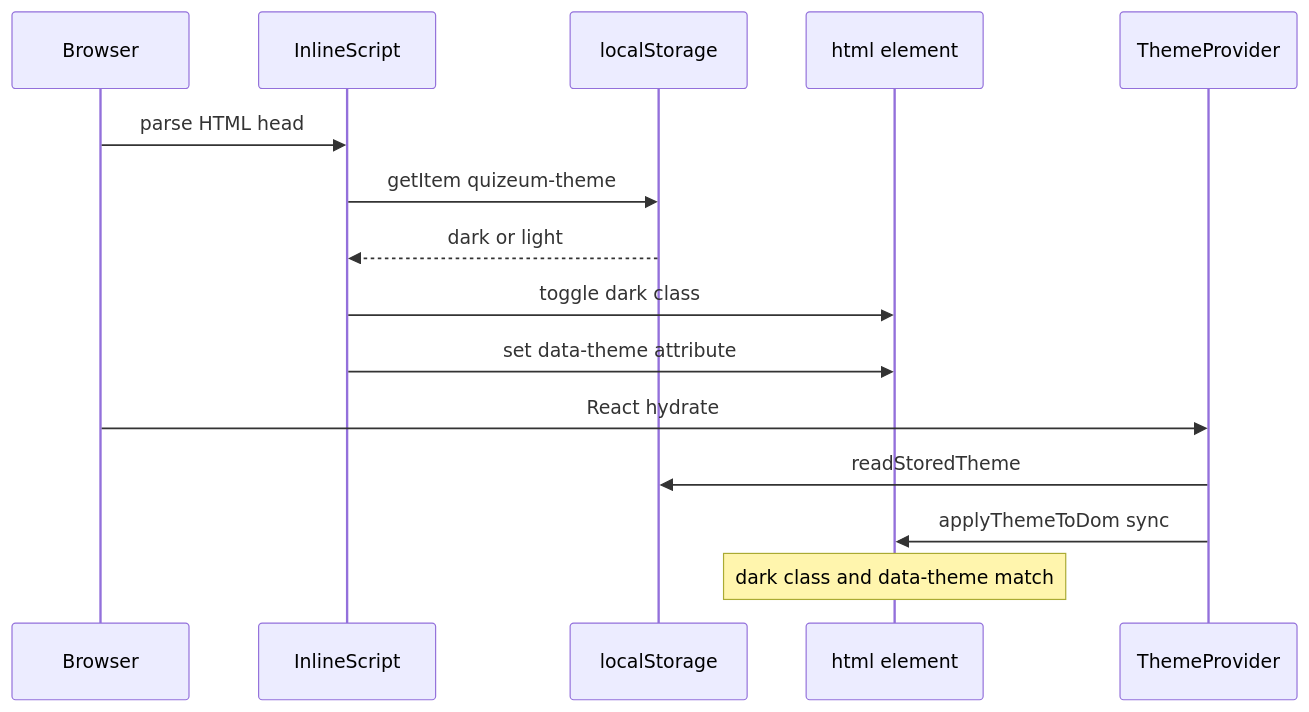
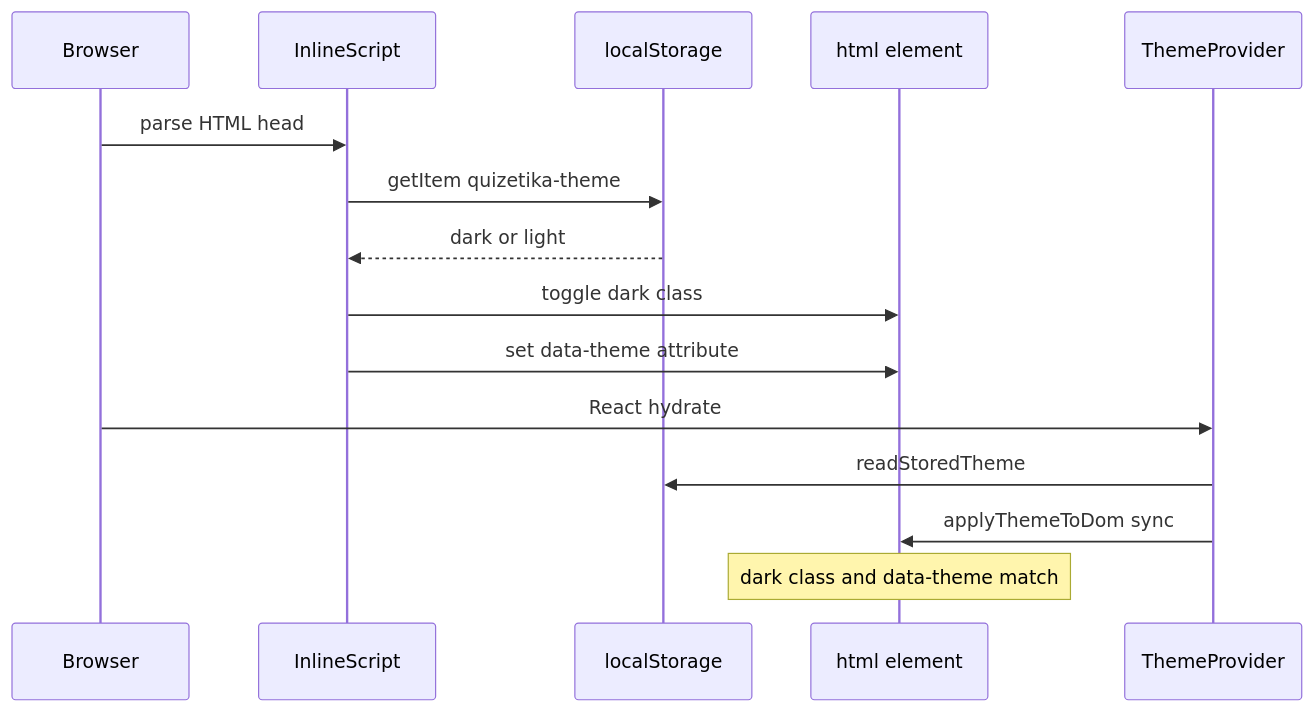
One commit to npressoworks/quizetika changed the second of 4 diagrams in .kiro/specs/quizeum-ui-foundation/design.md. Above: the diagram before and after it, drawn with Mermaid. The commit also changed other lines of this file and 207 other files, not shown here.

````diff
--- a/.kiro/specs/quizeum-ui-foundation/design.md
+++ b/.kiro/specs/quizeum-ui-foundation/design.md
@@ -225,18 +225,18 @@
 ```mermaid
 sequenceDiagram
     participant Browser
     participant InlineScript
     participant LS as localStorage
     participant HTML as html element
     participant TP as ThemeProvider
 
     Browser->>InlineScript: parse HTML head
-    InlineScript->>LS: getItem quizeum-theme
+    InlineScript->>LS: getItem quizetika-theme
     LS-->>InlineScript: dark or light
     InlineScript->>HTML: toggle dark class
     InlineScript->>HTML: set data-theme attribute
     Browser->>TP: React hydrate
     TP->>LS: readStoredTheme
     TP->>HTML: applyThemeToDom sync
     Note over HTML: dark class and data-theme match
 ```
````
